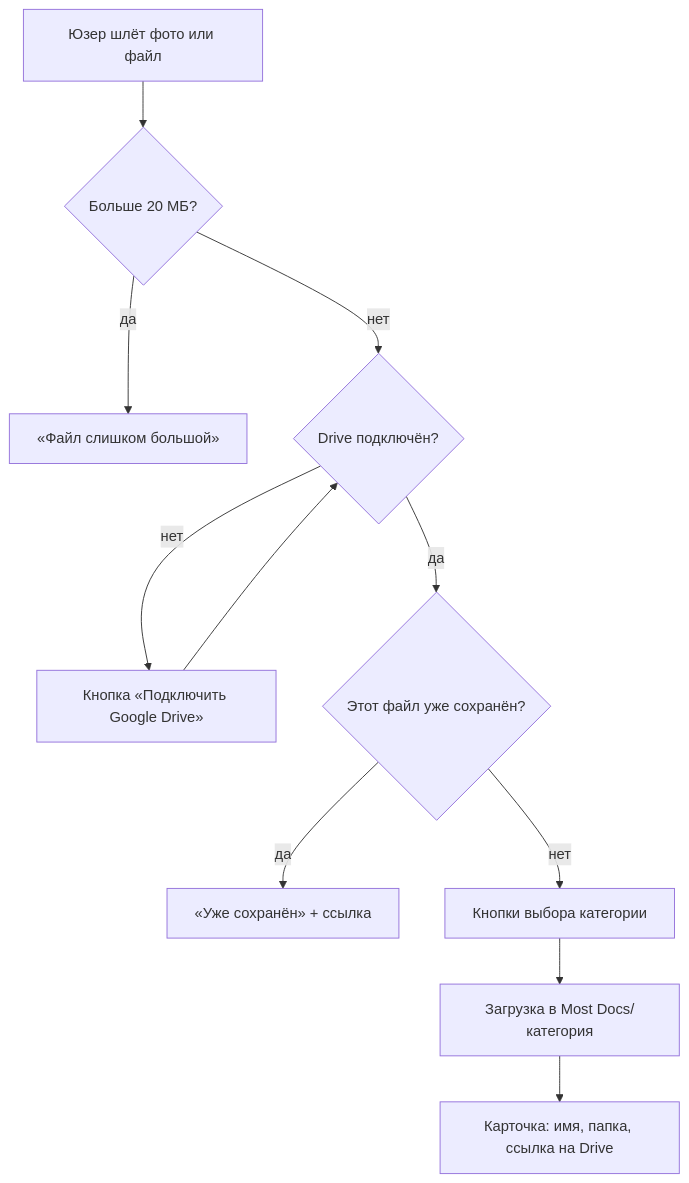
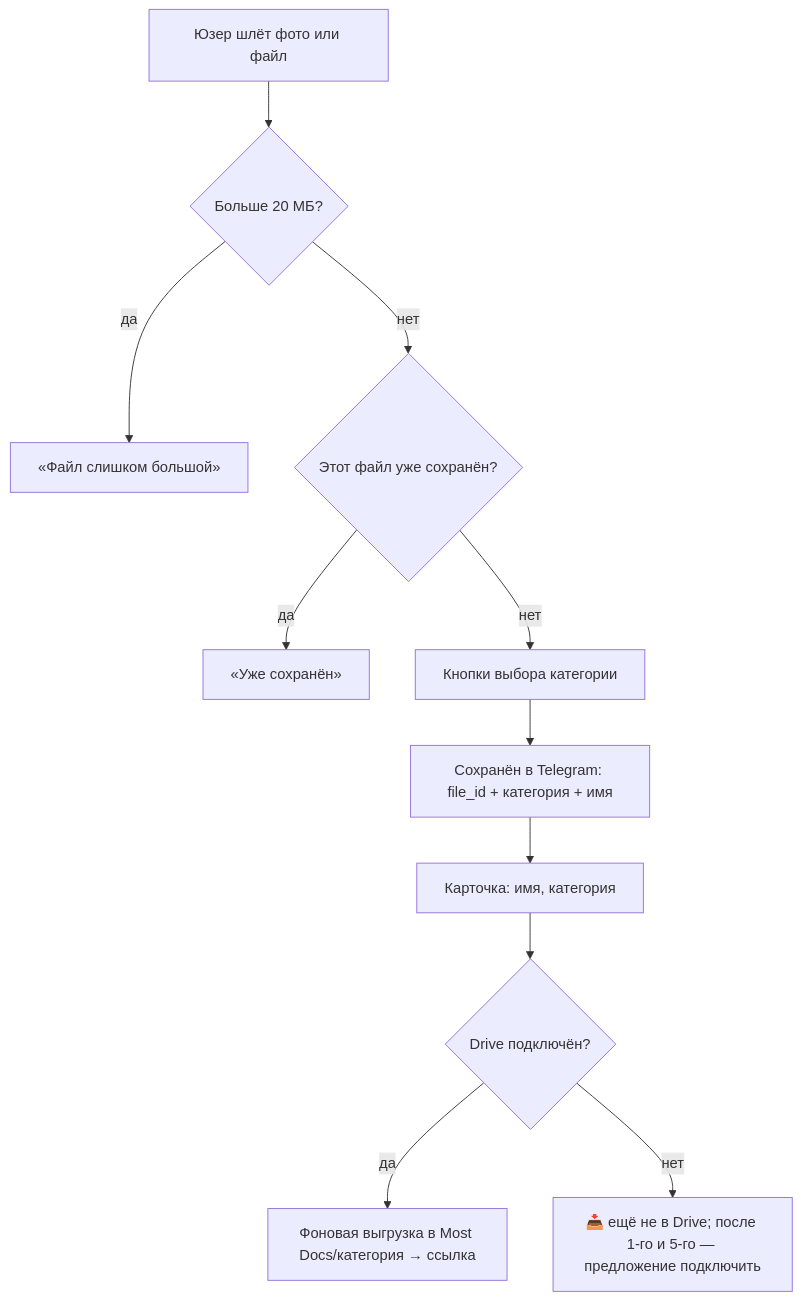
One commit to alexe0110/most-app changed the diagram in docs/product.md. Above: the diagram before and after it, drawn with Mermaid. The commit also changed other lines of this file and 4 other files, not shown here.

Commit message:
docs: telegram storage, drive optional (#44)

````diff
--- a/docs/product.md
+++ b/docs/product.md
@@ -54,13 +55,13 @@
 ```mermaid
 flowchart TD
     A[Юзер шлёт фото или файл] --> S{Больше 20 МБ?}
     S -- да --> S1[«Файл слишком большой»]
-    S -- нет --> B{Drive подключён?}
-    B -- нет --> C["Кнопка «Подключить Google Drive»"]
-    C --> B
-    B -- да --> U{Этот файл уже сохранён?}
-    U -- да --> U1[«Уже сохранён» + ссылка]
+    S -- нет --> U{Этот файл уже сохранён?}
+    U -- да --> U1[«Уже сохранён»]
     U -- нет --> D[Кнопки выбора категории]
-    D --> E["Загрузка в Most Docs/категория"]
-    E --> F[Карточка: имя, папка, ссылка на Drive]
+    D --> E["Сохранён в Telegram: file_id + категория + имя"]
+    E --> F[Карточка: имя, категория]
+    F --> B{Drive подключён?}
+    B -- да --> G["Фоновая выгрузка в Most Docs/категория → ссылка"]
+    B -- нет --> H["📥 ещё не в Drive; после 1-го и 5-го — предложение подключить"]
 ```
````
